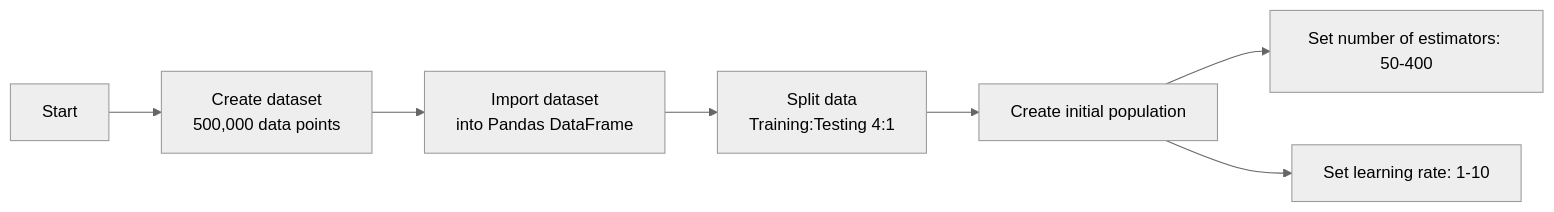
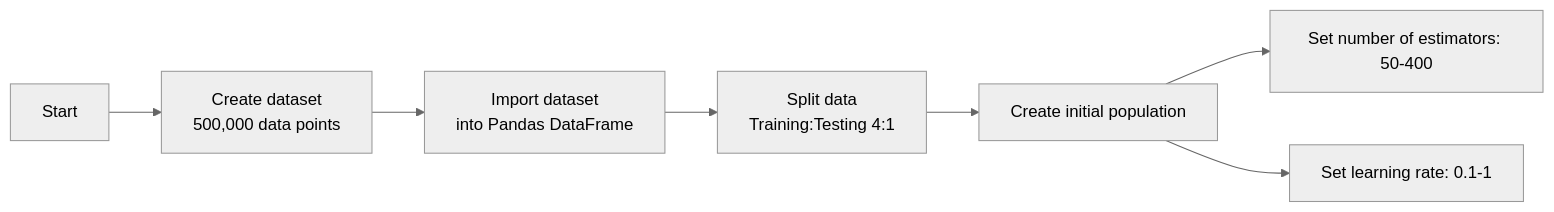
Before and after one commit to rtenacity/dark-matter-genetic: the second of 4 diagrams in slides/slides.md, drawn with Mermaid (neutral theme). The commit also changed other lines of this file, not shown here.

````diff
--- a/slides/slides.md
+++ b/slides/slides.md
@@ -309,9 +309,9 @@
 ```mermaid
   flowchart LR
       A[Start] --> B[Create dataset\n500,000 data points]
       B --> C[Import dataset\ninto Pandas DataFrame]
       C --> D[Split data\nTraining:Testing 4:1]
       D --> E[Create initial population]
       E --> E1[Set number of estimators: 50-400]
-      E --> E2[Set learning rate: 1-10]
+      E --> E2[Set learning rate: 0.1-1]
 ```
````
